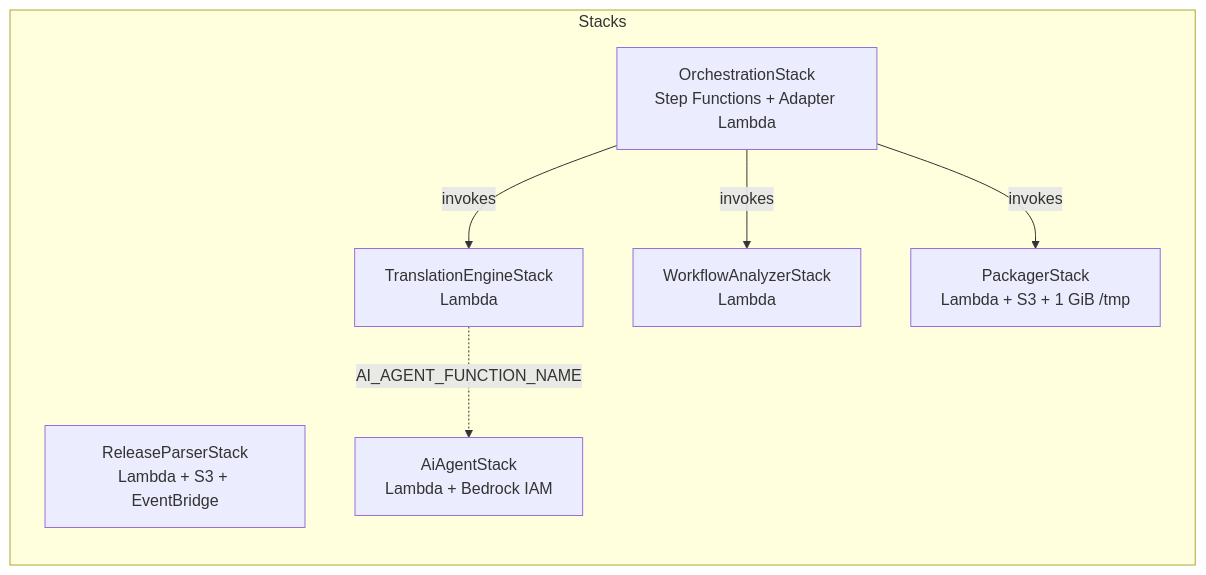
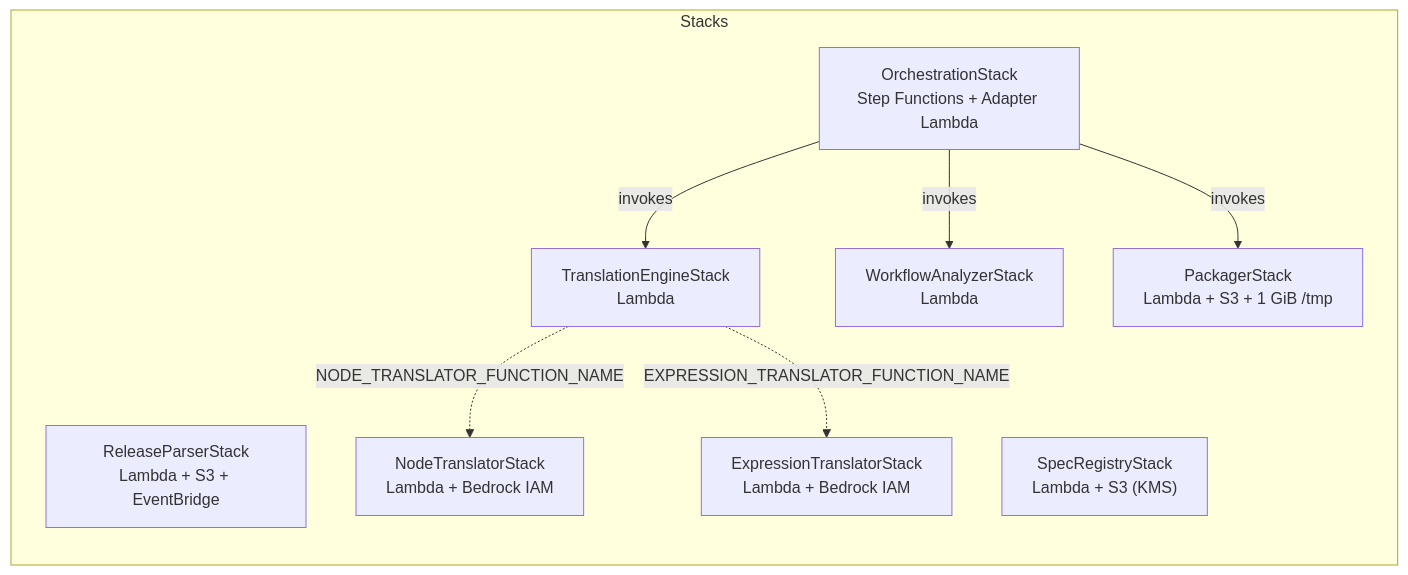
The ninth of 13 diagrams in docs/architecture.md (skwashd/phaeton), drawn with Mermaid before and after one commit. The commit also changed other lines of this file and 8 other files, not shown here.

First line of the commit message:
Update architecture and AI agent documentation for split translator components

````diff
--- a/docs/architecture.md
+++ b/docs/architecture.md
@@ -226,16 +258,19 @@
 ```mermaid
 flowchart LR
     subgraph Stacks
         RP["ReleaseParserStack<br/>Lambda + S3 + EventBridge"]
         AN["WorkflowAnalyzerStack<br/>Lambda"]
-        AI["AiAgentStack<br/>Lambda + Bedrock IAM"]
+        NT["NodeTranslatorStack<br/>Lambda + Bedrock IAM"]
+        ET["ExpressionTranslatorStack<br/>Lambda + Bedrock IAM"]
+        SR["SpecRegistryStack<br/>Lambda + S3 (KMS)"]
         TE["TranslationEngineStack<br/>Lambda"]
         PK["PackagerStack<br/>Lambda + S3 + 1 GiB /tmp"]
         OR["OrchestrationStack<br/>Step Functions + Adapter Lambda"]
     end
 
-    TE -.->|AI_AGENT_FUNCTION_NAME| AI
+    TE -.->|NODE_TRANSLATOR_FUNCTION_NAME| NT
+    TE -.->|EXPRESSION_TRANSLATOR_FUNCTION_NAME| ET
     OR -->|invokes| AN
     OR -->|invokes| TE
     OR -->|invokes| PK
 ```
````
